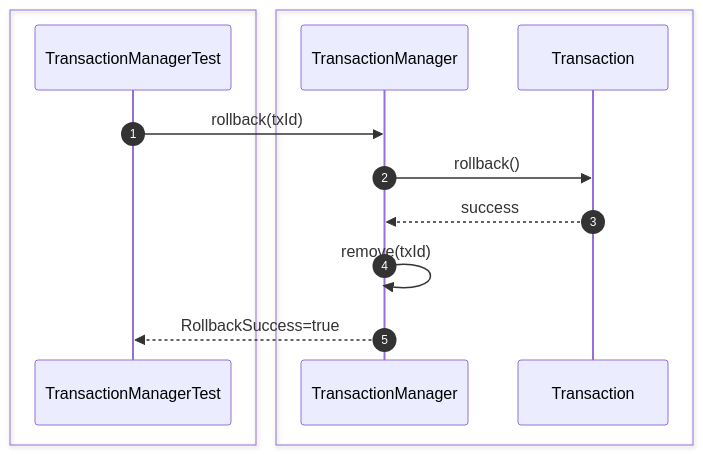
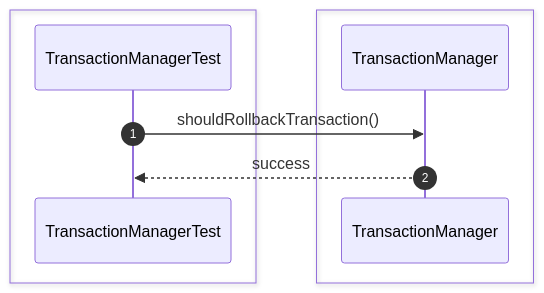
One commit to Huy1801214/dbms-architecture changed the third of 54 diagrams in src/sequence/transaction.md. Above: the diagram before and after it, drawn with Mermaid. The commit also changed other lines of this file and 68 other files, not shown here.

Commit message:
implement comprehensive unit test suite and architectural sequence documentation

````diff
--- a/src/sequence/transaction.md
+++ b/src/sequence/transaction.md
@@ -45,18 +36,13 @@
 ```mermaid
 sequenceDiagram
     autonumber
-
     box #e1f5fe Test Suite
     participant Test as TransactionManagerTest
     end
-    box #ffebee Transaction Components
-    participant Manager as TransactionManager
-    participant Tx as Transaction
+    box #ffebee TransactionManager Component
+    participant TM as TransactionManager
     end
 
-    Test->>Manager: rollback(txId)
-    Manager->>Tx: rollback()
-    Tx-->>Manager: success
-    Manager->>Manager: remove(txId)
-    Manager-->>Test: RollbackSuccess=true
+    Test->>TM: shouldRollbackTransaction()
+    TM-->>Test: success
 ```
````
